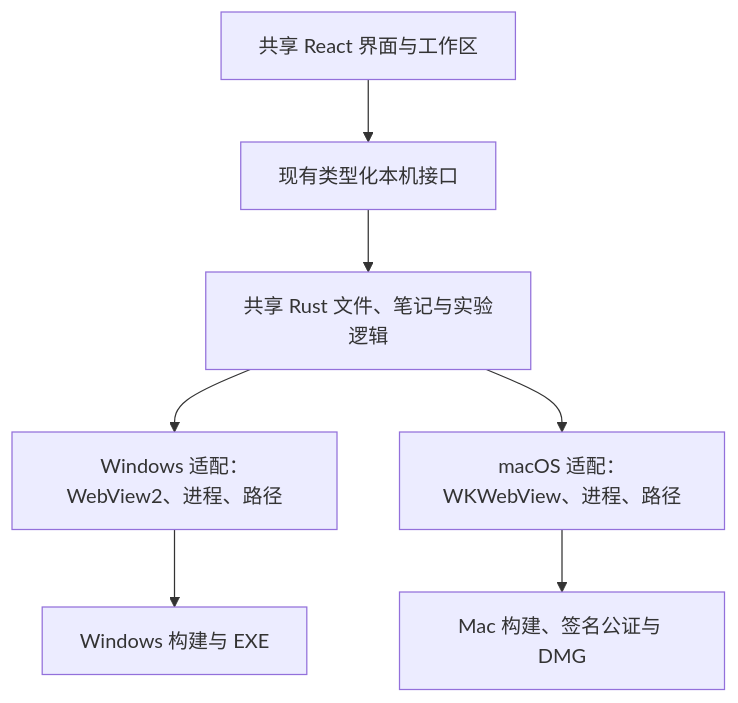
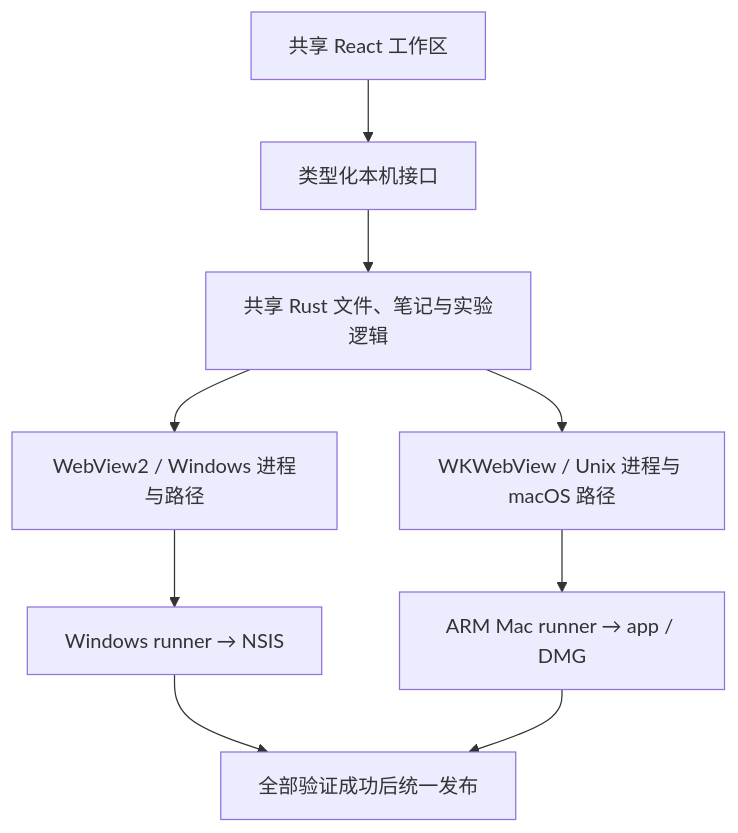
One commit to 2214331539/Scientify changed the diagram in docs/技术方案/跨平台适配路线.md. Above: the diagram before and after it, drawn with Mermaid. The commit also changed other lines of this file and 11 other files, not shown here.

````diff
--- a/docs/技术方案/跨平台适配路线.md
+++ b/docs/技术方案/跨平台适配路线.md
@@ -53,9 +16,11 @@
 ```mermaid
 flowchart TB
-    UI[共享 React 界面与工作区] --> API[现有类型化本机接口]
+    UI[共享 React 工作区] --> API[类型化本机接口]
     API --> Core[共享 Rust 文件、笔记与实验逻辑]
-    Core --> Win[Windows 适配：WebView2、进程、路径]
-    Core --> Mac[macOS 适配：WKWebView、进程、路径]
-    Win --> EXE[Windows 构建与 EXE]
-    Mac --> DMG[Mac 构建、签名公证与 DMG]
+    Core --> Win[WebView2 / Windows 进程与路径]
+    Core --> Mac[WKWebView / Unix 进程与 macOS 路径]
+    Win --> EXE[Windows runner → NSIS]
+    Mac --> DMG[ARM Mac runner → app / DMG]
+    EXE --> Release[全部验证成功后统一发布]
+    DMG --> Release
 ```
````
